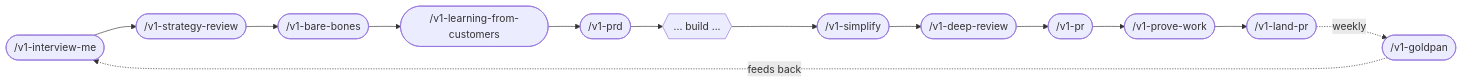
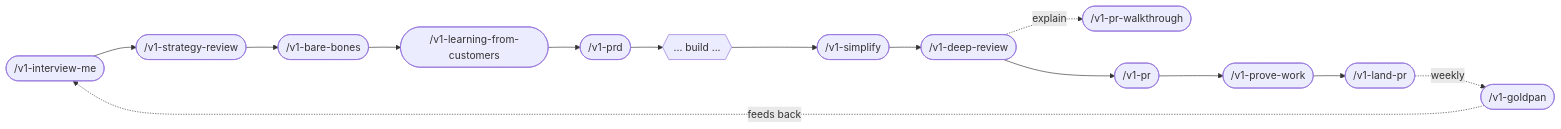
The second of 6 diagrams in README.md (v1-io/v1tamins), drawn with Mermaid before and after one commit. The commit also changed other lines of this file and 8 other files, not shown here.

Commit message:
Add PR walkthrough skill

````diff
--- a/README.md
+++ b/README.md
@@ -288,26 +290,28 @@
 ```mermaid
 flowchart LR
   A([/v1-interview-me]) --> B([/v1-strategy-review])
   B --> C([/v1-bare-bones])
   C --> D([/v1-learning-from-customers])
   D --> E([/v1-prd])
   E --> F{{... build ...}}
   F --> G([/v1-simplify])
   G --> H([/v1-deep-review])
+  H -.explain.-> W([/v1-pr-walkthrough])
   H --> I([/v1-pr])
   I --> J([/v1-prove-work])
   J --> K([/v1-land-pr])
   K -.weekly.-> L([/v1-goldpan])
   L -.feeds back.-> A
   click A href "./plugins/v1tamins/skills/v1-interview-me/SKILL.md"
   click B href "./plugins/v1tamins/skills/v1-strategy-review/SKILL.md"
   click C href "./plugins/v1tamins/skills/v1-bare-bones/SKILL.md"
   click D href "./plugins/v1tamins/skills/v1-learning-from-customers/SKILL.md"
   click E href "./plugins/v1tamins/skills/v1-prd/SKILL.md"
   click G href "./plugins/v1tamins/skills/v1-simplify/SKILL.md"
   click H href "./plugins/v1tamins/skills/v1-deep-review/SKILL.md"
+  click W href "./plugins/v1tamins/skills/v1-pr-walkthrough/SKILL.md"
   click I href "./plugins/v1tamins/skills/v1-pr/SKILL.md"
   click J href "./plugins/v1tamins/skills/v1-prove-work/SKILL.md"
   click K href "./plugins/v1tamins/skills/v1-land-pr/SKILL.md"
   click L href "./plugins/v1tamins/skills/v1-goldpan/SKILL.md"
 ```
````
